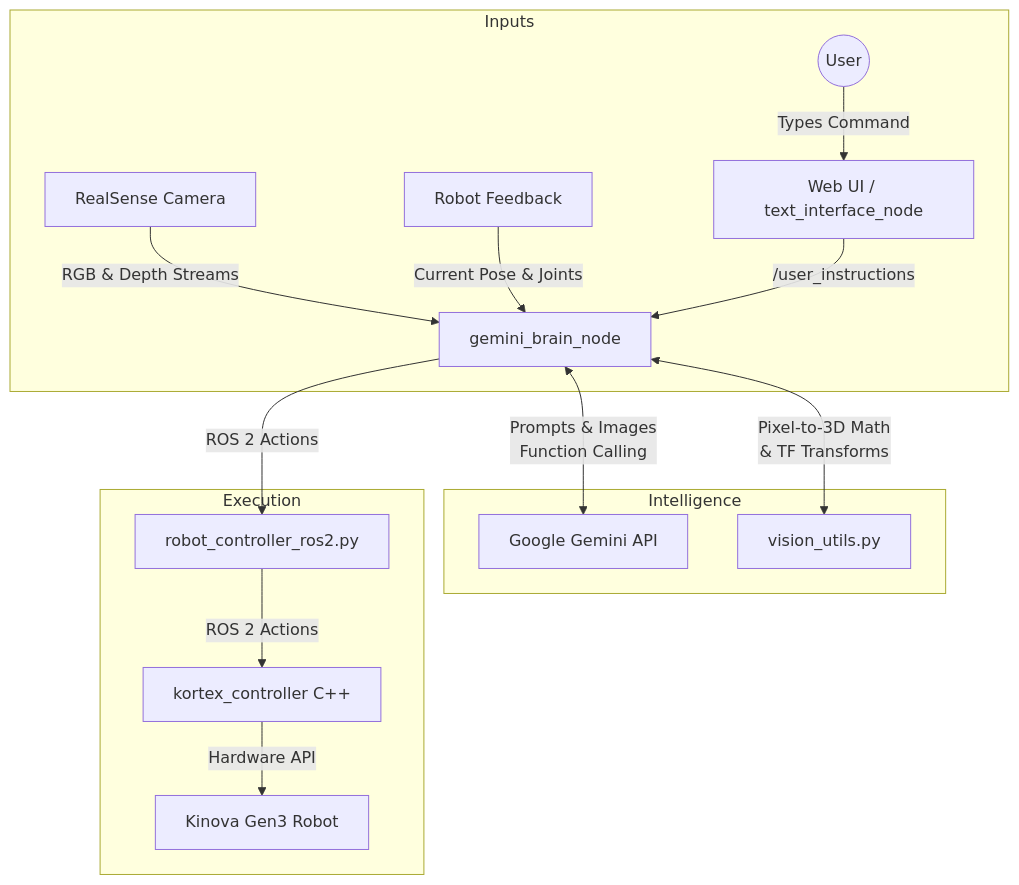
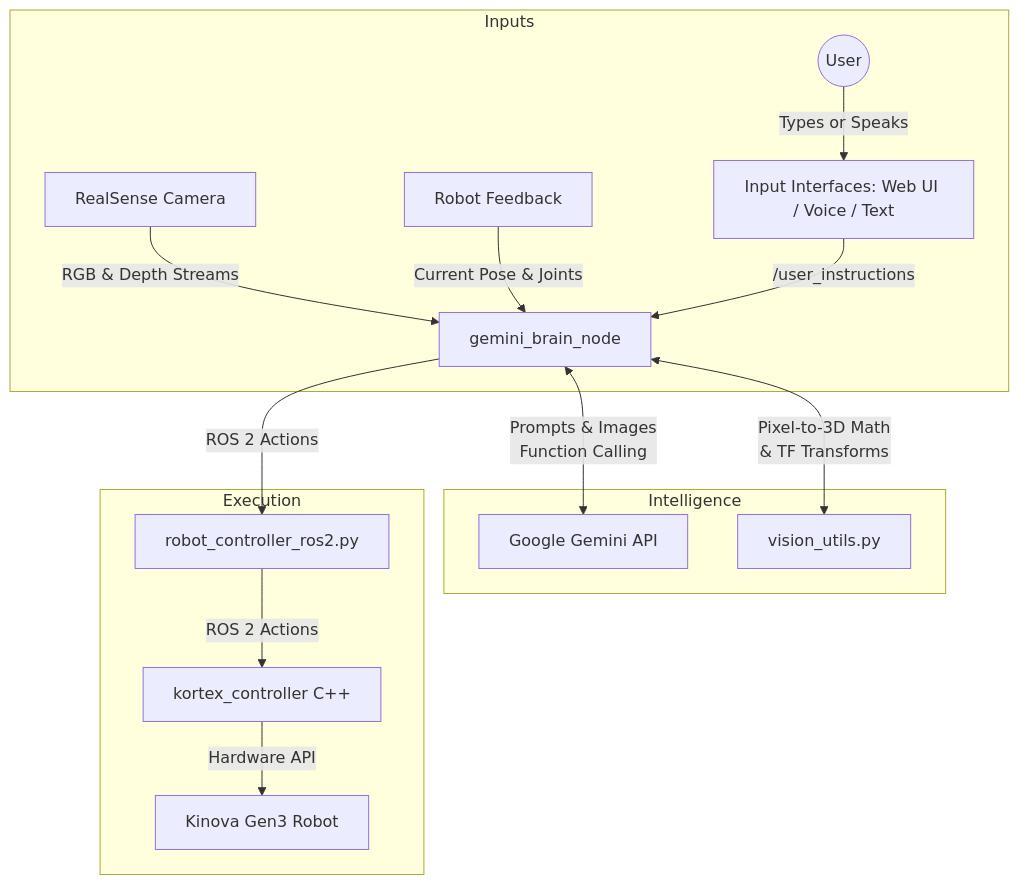
Before and after one commit to jakmilller/kinova-gemini: the first of 2 diagrams in system_architecture.md, drawn with Mermaid. The commit also changed other lines of this file and 7 other files, not shown here.

````diff
--- a/system_architecture.md
+++ b/system_architecture.md
@@ -31,20 +36,20 @@
 ```mermaid
 graph TD
     subgraph Inputs
-        User((User)) -->|Types Command| UI[Web UI / text_interface_node]
+        User((User)) -->|Types or Speaks| UI[Input Interfaces: Web UI / Voice / Text]
         Camera[RealSense Camera] -->|RGB & Depth Streams| Brain[gemini_brain_node]
         RobotState[Robot Feedback] -->|Current Pose & Joints| Brain
     end
 
     subgraph Intelligence
         UI -->|/user_instructions| Brain
         Brain <-->|Prompts & Images <br/> Function Calling| GeminiAPI[Google Gemini API]
         Brain <-->|Pixel-to-3D Math <br/> & TF Transforms| Vision[vision_utils.py]
     end
 
     subgraph Execution
         Brain -->|ROS 2 Actions| Client[robot_controller_ros2.py]
         Client -->|ROS 2 Actions| Kortex[kortex_controller C++]
         Kortex -->|Hardware API| Robot[Kinova Gen3 Robot]
     end
 ```
````
